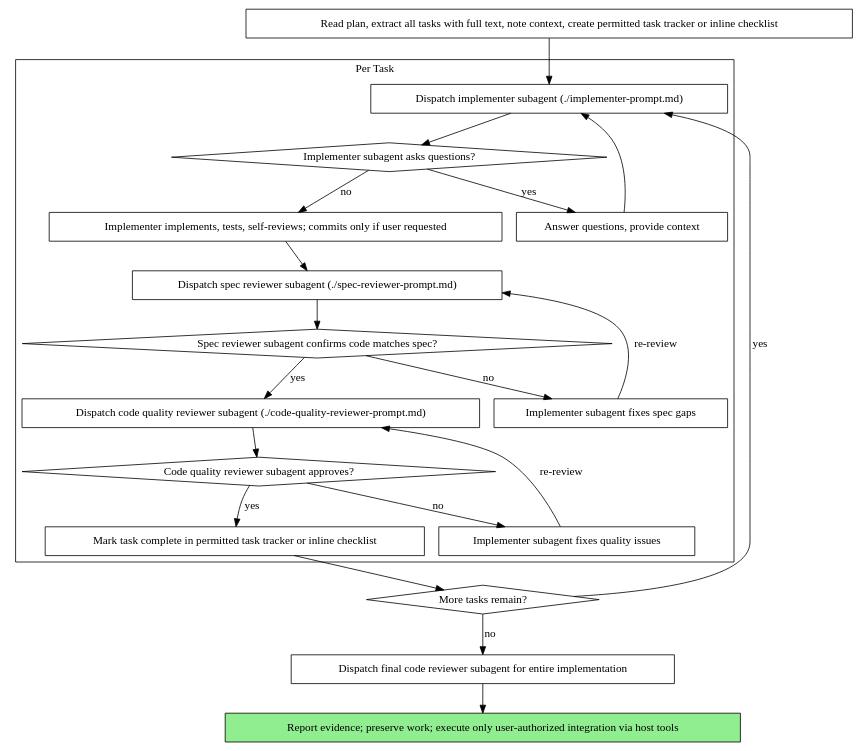
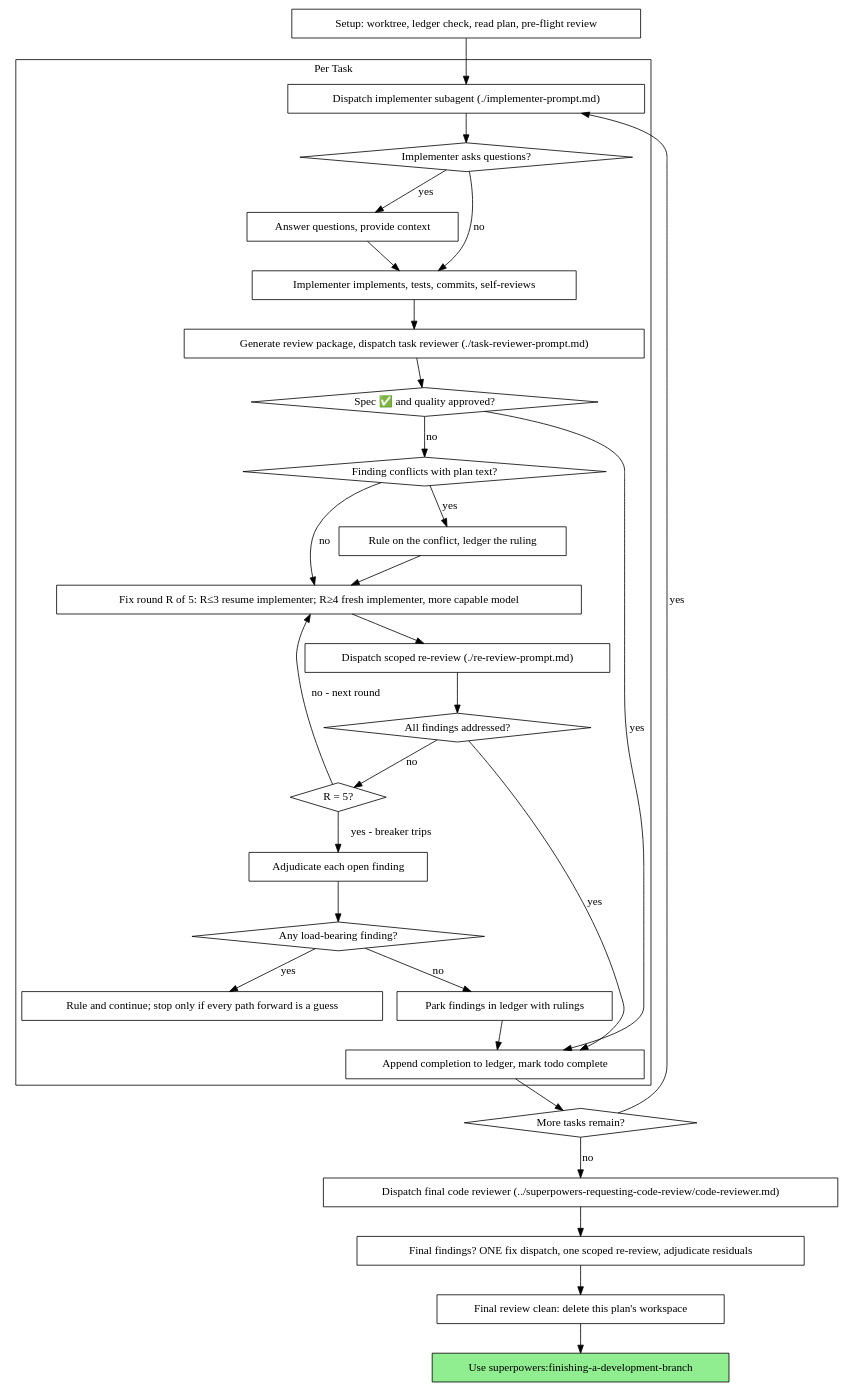
The second of 2 diagrams in skills/superpowers-subagent-driven-development/SKILL.md (russelldx/skill-collection), drawn with Graphviz before and after one commit. The commit also changed other lines of this file and 171 other files, not shown here.

````diff
--- a/skills/superpowers-subagent-driven-development/SKILL.md
+++ b/skills/superpowers-subagent-driven-development/SKILL.md
@@ -57,44 +61,62 @@
 ```dot
 digraph process {
     rankdir=TB;
 
     subgraph cluster_per_task {
         label="Per Task";
         "Dispatch implementer subagent (./implementer-prompt.md)" [shape=box];
-        "Implementer subagent asks questions?" [shape=diamond];
+        "Implementer asks questions?" [shape=diamond];
         "Answer questions, provide context" [shape=box];
-        "Implementer implements, tests, self-reviews; commits only if user requested" [shape=box];
-        "Dispatch spec reviewer subagent (./spec-reviewer-prompt.md)" [shape=box];
-        "Spec reviewer subagent confirms code matches spec?" [shape=diamond];
-        "Implementer subagent fixes spec gaps" [shape=box];
-        "Dispatch code quality reviewer subagent (./code-quality-reviewer-prompt.md)" [shape=box];
-        "Code quality reviewer subagent approves?" [shape=diamond];
-        "Implementer subagent fixes quality issues" [shape=box];
-        "Mark task complete in permitted task tracker or inline checklist" [shape=box];
+        "Implementer implements, tests, commits, self-reviews" [shape=box];
+        "Generate review package, dispatch task reviewer (./task-reviewer-prompt.md)" [shape=box];
+        "Spec ✅ and quality approved?" [shape=diamond];
+        "Finding conflicts with plan text?" [shape=diamond];
+        "Rule on the conflict, ledger the ruling" [shape=box];
+        "Fix round R of 5: R≤3 resume implementer; R≥4 fresh implementer, more capable model" [shape=box];
+        "Dispatch scoped re-review (./re-review-prompt.md)" [shape=box];
+        "All findings addressed?" [shape=diamond];
+        "R = 5?" [shape=diamond];
+        "Adjudicate each open finding" [shape=box];
+        "Any load-bearing finding?" [shape=diamond];
+        "Rule and continue; stop only if every path forward is a guess" [shape=box];
+        "Park findings in ledger with rulings" [shape=box];
+        "Append completion to ledger, mark todo complete" [shape=box];
     }
 
-    "Read plan, extract all tasks with full text, note context, create permitted task tracker or inline checklist" [shape=box];
+    "Setup: worktree, ledger check, read plan, pre-flight review" [shape=box];
     "More tasks remain?" [shape=diamond];
-    "Dispatch final code reviewer subagent for entire implementation" [shape=box];
-    "Report evidence; preserve work; execute only user-authorized integration via host tools" [shape=box style=filled fillcolor=lightgreen];
+    "Dispatch final code reviewer (../superpowers-requesting-code-review/code-reviewer.md)" [shape=box];
+    "Final findings? ONE fix dispatch, one scoped re-review, adjudicate residuals" [shape=box];
+    "Final review clean: delete this plan's workspace" [shape=box];
+    "Use superpowers:finishing-a-development-branch" [shape=box style=filled fillcolor=lightgreen];
 
-    "Read plan, extract all tasks with full text, note context, create permitted task tracker or inline checklist" -> "Dispatch implementer subagent (./implementer-prompt.md)";
-    "Dispatch implementer subagent (./implementer-prompt.md)" -> "Implementer subagent asks questions?";
-    "Implementer subagent asks questions?" -> "Answer questions, provide context" [label="yes"];
-    "Answer questions, provide context" -> "Dispatch implementer subagent (./implementer-prompt.md)";
-    "Implementer subagent asks questions?" -> "Implementer implements, tests, self-reviews; commits only if user requested" [label="no"];
-    "Implementer implements, tests, self-reviews; commits only if user requested" -> "Dispatch spec reviewer subagent (./spec-reviewer-prompt.md)";
-    "Dispatch spec reviewer subagent (./spec-reviewer-prompt.md)" -> "Spec reviewer subagent confirms code matches spec?";
-    "Spec reviewer subagent confirms code matches spec?" -> "Implementer subagent fixes spec gaps" [label="no"];
-    "Implementer subagent fixes spec gaps" -> "Dispatch spec reviewer subagent (./spec-reviewer-prompt.md)" [label="re-review"];
-    "Spec reviewer subagent confirms code matches spec?" -> "Dispatch code quality reviewer subagent (./code-quality-reviewer-prompt.md)" [label="yes"];
-    "Dispatch code quality reviewer subagent (./code-quality-reviewer-prompt.md)" -> "Code quality reviewer subagent approves?";
-    "Code quality reviewer subagent approves?" -> "Implementer subagent fixes quality issues" [label="no"];
-    "Implementer subagent fixes quality issues" -> "Dispatch code quality reviewer subagent (./code-quality-reviewer-prompt.md)" [label="re-review"];
-    "Code quality reviewer subagent approves?" -> "Mark task complete in permitted task tracker or inline checklist" [label="yes"];
-    "Mark task complete in permitted task tracker or inline checklist" -> "More tasks remain?";
+    "Setup: worktree, ledger check, read plan, pre-flight review" -> "Dispatch implementer subagent (./implementer-prompt.md)";
+    "Dispatch implementer subagent (./implementer-prompt.md)" -> "Implementer asks questions?";
+    "Implementer asks questions?" -> "Answer questions, provide context" [label="yes"];
+    "Answer questions, provide context" -> "Implementer implements, tests, commits, self-reviews";
+    "Implementer asks questions?" -> "Implementer implements, tests, commits, self-reviews" [label="no"];
+    "Implementer implements, tests, commits, self-reviews" -> "Generate review package, dispatch task reviewer (./task-reviewer-prompt.md)";
+    "Generate review package, dispatch task reviewer (./task-reviewer-prompt.md)" -> "Spec ✅ and quality approved?";
+    "Spec ✅ and quality approved?" -> "Append completion to ledger, mark todo complete" [label="yes"];
+    "Spec ✅ and quality approved?" -> "Finding conflicts with plan text?" [label="no"];
+    "Finding conflicts with plan text?" -> "Rule on the conflict, ledger the ruling" [label="yes"];
+    "Rule on the conflict, ledger the ruling" -> "Fix round R of 5: R≤3 resume implementer; R≥4 fresh implementer, more capable model";
+    "Finding conflicts with plan text?" -> "Fix round R of 5: R≤3 resume implementer; R≥4 fresh implementer, more capable model" [label="no"];
+    "Fix round R of 5: R≤3 resume implementer; R≥4 fresh implementer, more capable model" -> "Dispatch scoped re-review (./re-review-prompt.md)";
+    "Dispatch scoped re-review (./re-review-prompt.md)" -> "All findings addressed?";
+    "All findings addressed?" -> "Append completion to ledger, mark todo complete" [label="yes"];
+    "All findings addressed?" -> "R = 5?" [label="no"];
+    "R = 5?" -> "Fix round R of 5: R≤3 resume implementer; R≥4 fresh implementer, more capable model" [label="no - next round"];
+    "R = 5?" -> "Adjudicate each open finding" [label="yes - breaker trips"];
+    "Adjudicate each open finding" -> "Any load-bearing finding?";
+    "Any load-bearing finding?" -> "Rule and continue; stop only if every path forward is a guess" [label="yes"];
+    "Any load-bearing finding?" -> "Park findings in ledger with rulings" [label="no"];
+    "Park findings in ledger with rulings" -> "Append completion to ledger, mark todo complete";
+    "Append completion to ledger, mark todo complete" -> "More tasks remain?";
     "More tasks remain?" -> "Dispatch implementer subagent (./implementer-prompt.md)" [label="yes"];
-    "More tasks remain?" -> "Dispatch final code reviewer subagent for entire implementation" [label="no"];
-    "Dispatch final code reviewer subagent for entire implementation" -> "Report evidence; preserve work; execute only user-authorized integration via host tools";
+    "More tasks remain?" -> "Dispatch final code reviewer (../superpowers-requesting-code-review/code-reviewer.md)" [label="no"];
+    "Dispatch final code reviewer (../superpowers-requesting-code-review/code-reviewer.md)" -> "Final findings? ONE fix dispatch, one scoped re-review, adjudicate residuals";
+    "Final findings? ONE fix dispatch, one scoped re-review, adjudicate residuals" -> "Final review clean: delete this plan's workspace";
+    "Final review clean: delete this plan's workspace" -> "Use superpowers:finishing-a-development-branch";
 }
 ```
````
